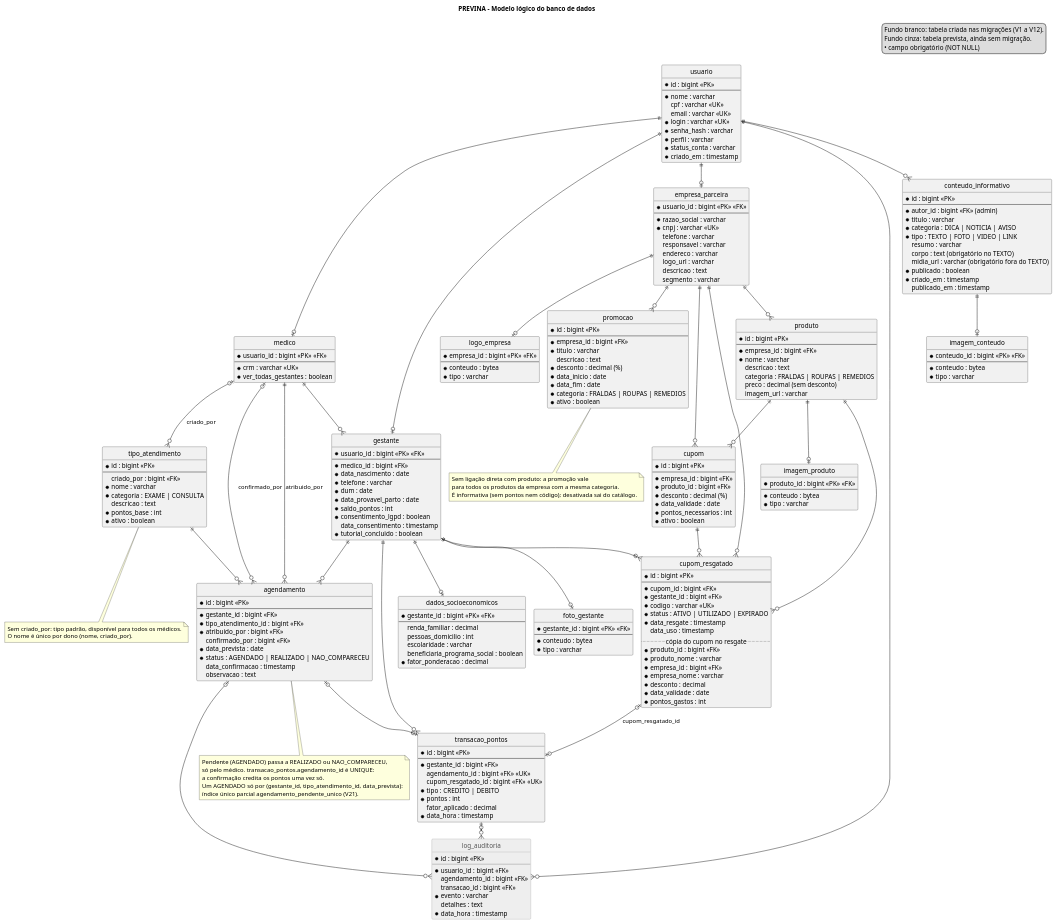
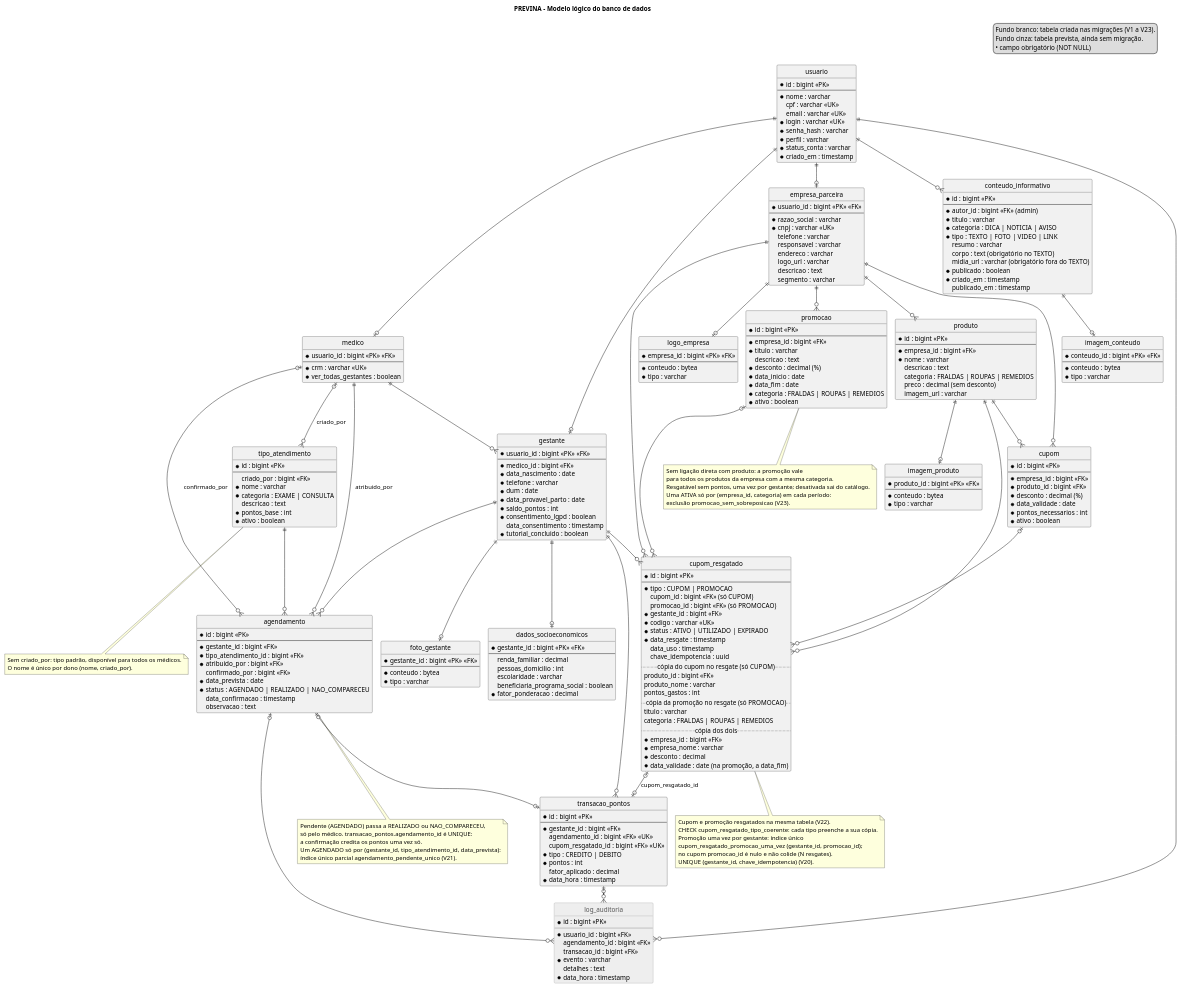
Before and after one commit to CozyShelf/previna-backend: the diagram in docs/domain/dominio/dominio.puml, drawn with PlantUML. The commit also changed 9 other files, not shown here.

First line of the commit message:
docs: promoção resgatável, tabela única de resgates e D12

```diff
--- a/docs/domain/dominio/dominio.puml
+++ b/docs/domain/dominio/dominio.puml
@@ -10,7 +10,7 @@
 }
 
 legend top right
-  Fundo branco: tabela criada nas migrações (V1 a V12).
+  Fundo branco: tabela criada nas migrações (V1 a V23).
   Fundo cinza: tabela prevista, ainda sem migração.
   • campo obrigatório (NOT NULL)
 endlegend
@@ -167,20 +167,27 @@
 entity cupom_resgatado {
   * id : bigint <<PK>>
   --
-  * cupom_id : bigint <<FK>>
+  * tipo : CUPOM | PROMOCAO
+  cupom_id : bigint <<FK>> (só CUPOM)
+  promocao_id : bigint <<FK>> (só PROMOCAO)
   * gestante_id : bigint <<FK>>
   * codigo : varchar <<UK>>
   * status : ATIVO | UTILIZADO | EXPIRADO
   * data_resgate : timestamp
   data_uso : timestamp
-  .. cópia do cupom no resgate ..
-  * produto_id : bigint <<FK>>
-  * produto_nome : varchar
+  chave_idempotencia : uuid
+  .. cópia do cupom no resgate (só CUPOM) ..
+  produto_id : bigint <<FK>>
+  produto_nome : varchar
+  pontos_gastos : int
+  .. cópia da promoção no resgate (só PROMOCAO) ..
+  titulo : varchar
+  categoria : FRALDAS | ROUPAS | REMEDIOS
+  .. cópia dos dois ..
   * empresa_id : bigint <<FK>>
   * empresa_nome : varchar
   * desconto : decimal
-  * data_validade : date
-  * pontos_gastos : int
+  * data_validade : date (na promoção, a data_fim)
 }
 
 entity conteudo_informativo {
@@ -234,7 +241,8 @@
 produto ||--o| imagem_produto
 produto ||--o{ cupom
 
-cupom ||--o{ cupom_resgatado
+cupom |o--o{ cupom_resgatado
+promocao |o--o{ cupom_resgatado
 produto ||--o{ cupom_resgatado
 empresa_parceira ||--o{ cupom_resgatado
 gestante ||--o{ cupom_resgatado
@@ -267,7 +275,18 @@
 note bottom of promocao
   Sem ligação direta com produto: a promoção vale
   para todos os produtos da empresa com a mesma categoria.
-  É informativa (sem pontos nem código); desativada sai do catálogo.
+  Resgatável sem pontos, uma vez por gestante; desativada sai do catálogo.
+  Uma ATIVA só por (empresa_id, categoria) em cada período:
+  exclusão promocao_sem_sobreposicao (V23).
+end note
+
+note bottom of cupom_resgatado
+  Cupom e promoção resgatados na mesma tabela (V22).
+  CHECK cupom_resgatado_tipo_coerente: cada tipo preenche a sua cópia.
+  Promoção uma vez por gestante: índice único
+  cupom_resgatado_promocao_uma_vez (gestante_id, promocao_id);
+  no cupom promocao_id é nulo e não colide (N resgates).
+  UNIQUE (gestante_id, chave_idempotencia) (V20).
 end note
 
 @enduml
```
